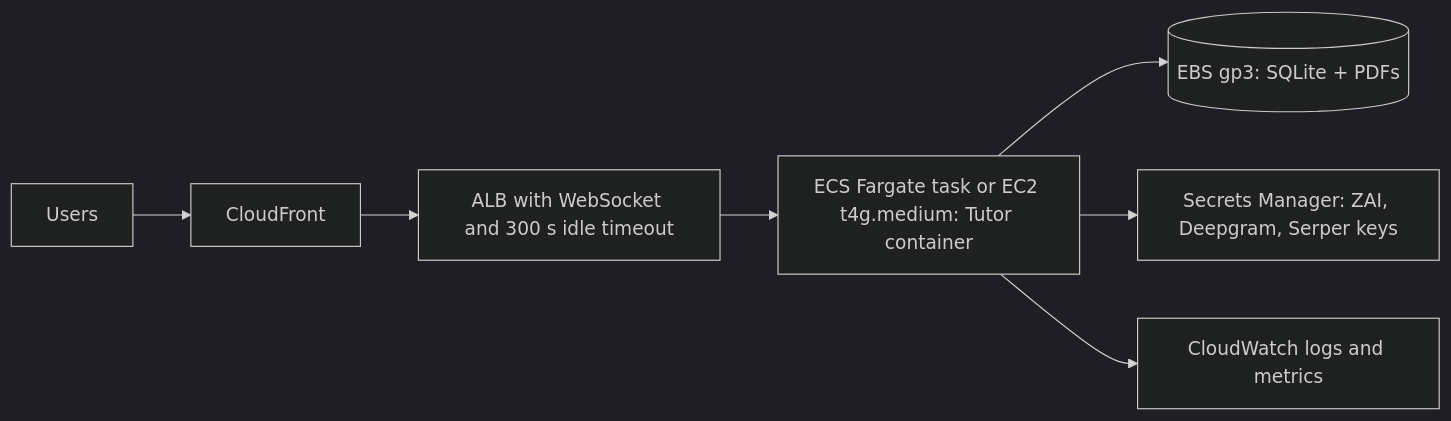
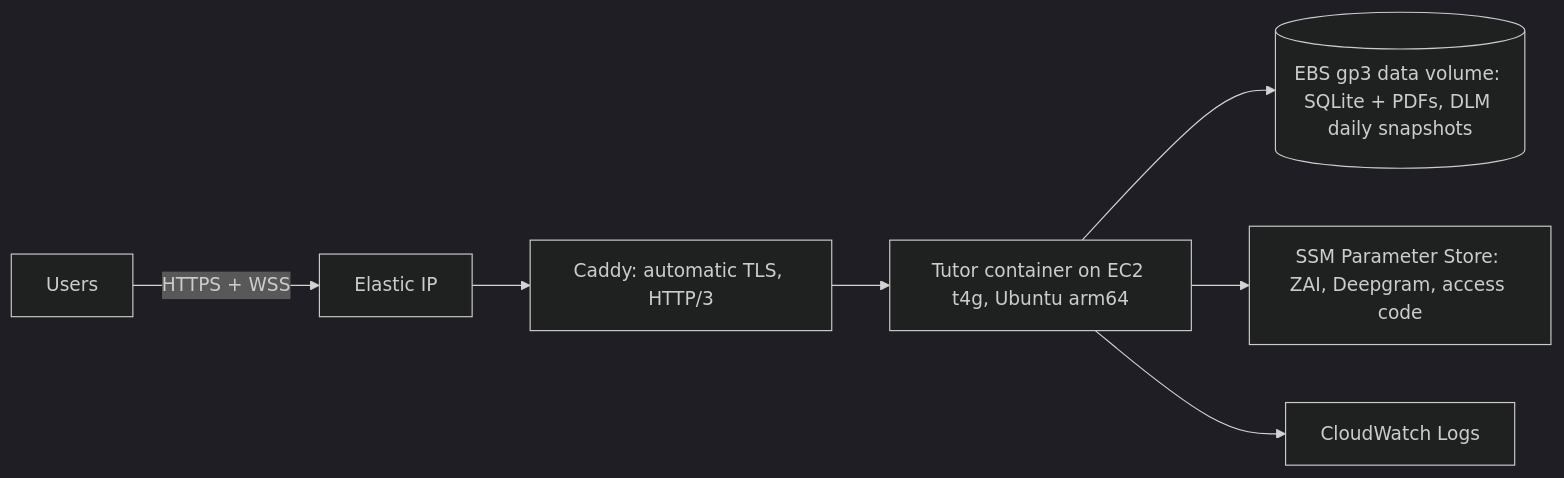
One commit to MohamedFuad16/Tutor-System changed the fifth of 5 diagrams in docs/ARCHITECTURE.md. Above: the diagram before and after it, drawn with Mermaid (dark theme). The commit also changed other lines of this file and 10 other files, not shown here.

````diff
--- a/docs/ARCHITECTURE.md
+++ b/docs/ARCHITECTURE.md
@@ -318,9 +318,9 @@
 ```mermaid
 flowchart LR
-  U[Users] --> CF[CloudFront]
-  CF --> ALB[ALB with WebSocket and 300 s idle timeout]
-  ALB --> ECS[ECS Fargate task or EC2 t4g.medium: Tutor container]
-  ECS --> EBS[(EBS gp3: SQLite + PDFs)]
-  ECS --> SM[Secrets Manager: ZAI, Deepgram, Serper keys]
-  ECS --> CW[CloudWatch logs and metrics]
+  U[Users] -->|HTTPS + WSS| EIP[Elastic IP]
+  EIP --> CADDY[Caddy: automatic TLS, HTTP/3]
+  CADDY --> APP[Tutor container on EC2 t4g, Ubuntu arm64]
+  APP --> EBS[(EBS gp3 data volume: SQLite + PDFs, DLM daily snapshots)]
+  APP --> SSM[SSM Parameter Store: ZAI, Deepgram, access code]
+  APP --> CW[CloudWatch Logs]
 ```
````
